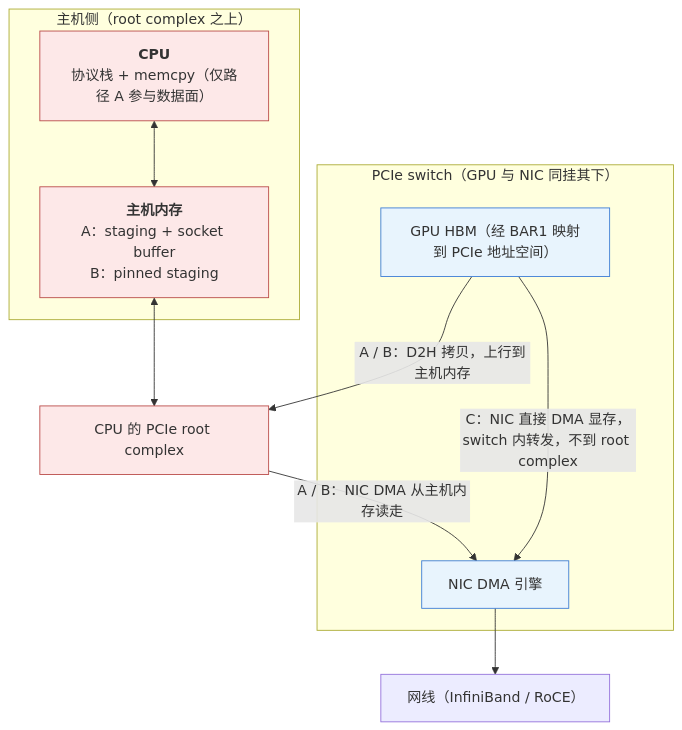
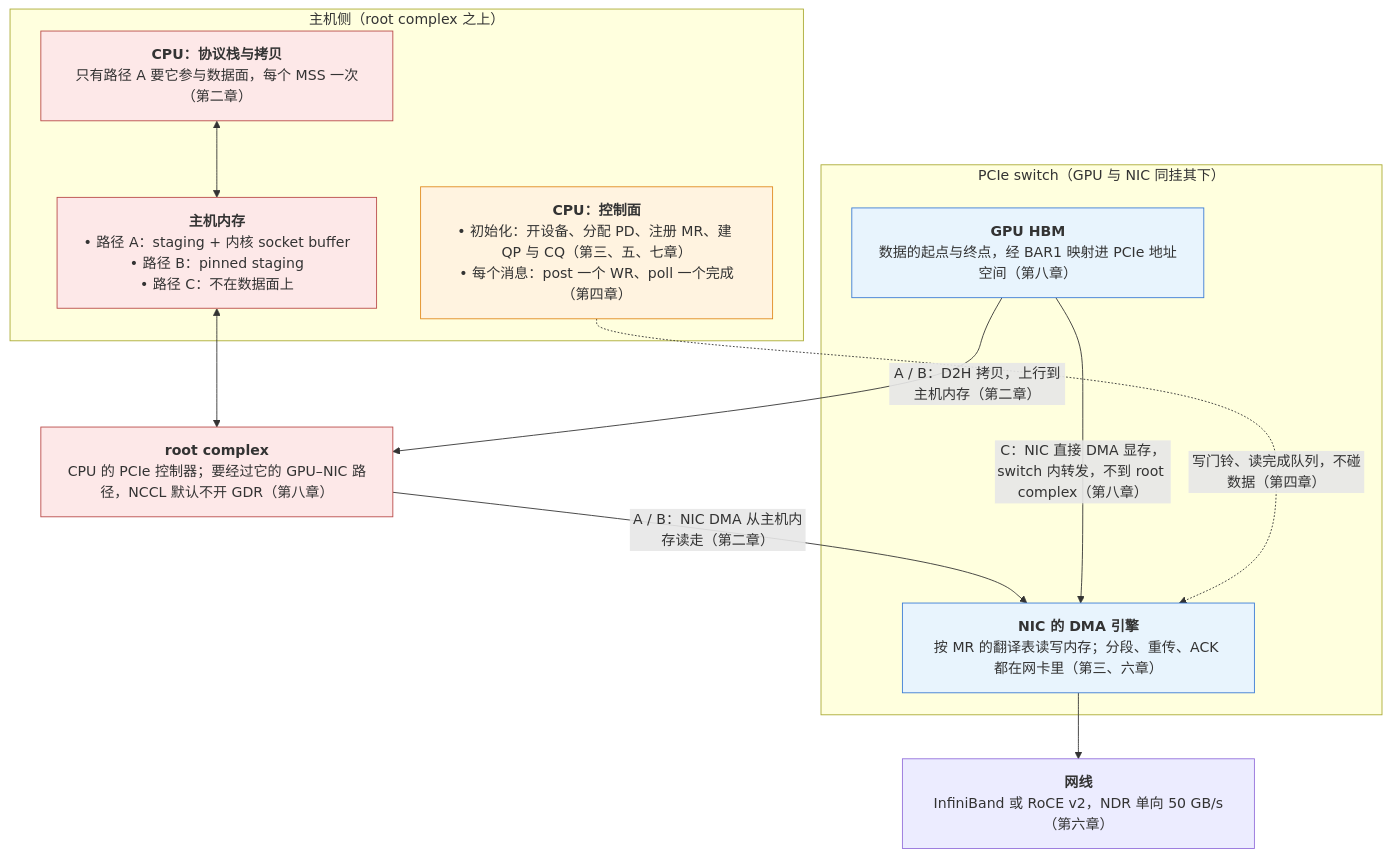
Before and after one commit to arganzheng/arganzheng.github.com: the first of 6 diagrams in _posts/2026-06-10-rdma-and-gpudirect.md, drawn with Mermaid. The commit also changed other lines of this file and 1 other file, not shown here.

First line of the commit message:
通信与互联（03）：总览图补节点标题与 verbs 对象表，新增内存注册映射与 GID 判定两张图

````diff
--- a/_posts/2026-06-10-rdma-and-gpudirect.md
+++ b/_posts/2026-06-10-rdma-and-gpudirect.md
@@ -33,24 +33,29 @@
 ```mermaid
+%%{init: {"flowchart": {"wrappingWidth": 340}}}%%
 %% 图：从显存到对端显存的三条路径：A、B 都要上行经 root complex 进主机内存，GPUDirect RDMA 在 PCIe switch 内折返
 flowchart TB
   subgraph host["主机侧（root complex 之上）"]
-    CPU["<b>CPU</b><br/>协议栈 + memcpy（仅路径 A 参与数据面）"]
-    MEM["<b>主机内存</b><br/>A：staging + socket buffer<br/>B：pinned staging"]
+    CPU["<b>CPU：协议栈与拷贝</b><br/>只有路径 A 要它参与数据面，每个 MSS 一次（第二章）"]
+    MEM["<b>主机内存</b><br/>• 路径 A：staging + 内核 socket buffer<br/>• 路径 B：pinned staging<br/>• 路径 C：不在数据面上"]
+    CTRL["<b>CPU：控制面</b><br/>• 初始化：开设备、分配 PD、注册 MR、建 QP 与 CQ（第三、五、七章）<br/>• 每个消息：post 一个 WR、poll 一个完成（第四章）"]
   end
-  RC["CPU 的 PCIe root complex"]
+  RC["<b>root complex</b><br/>CPU 的 PCIe 控制器；要经过它的 GPU–NIC 路径，NCCL 默认不开 GDR（第八章）"]
   subgraph sw["PCIe switch（GPU 与 NIC 同挂其下）"]
-    GPU["GPU HBM（经 BAR1 映射到 PCIe 地址空间）"]
-    NIC["NIC DMA 引擎"]
+    GPU["<b>GPU HBM</b><br/>数据的起点与终点，经 BAR1 映射进 PCIe 地址空间（第八章）"]
+    NIC["<b>NIC 的 DMA 引擎</b><br/>按 MR 的翻译表读写内存；分段、重传、ACK 都在网卡里（第三、六章）"]
   end
-  NET["网线（InfiniBand / RoCE）"]
+  NET["<b>网线</b><br/>InfiniBand 或 RoCE v2，NDR 单向 50 GB/s（第六章）"]
   CPU <--> MEM
   MEM <--> RC
-  GPU -- "A / B：D2H 拷贝，上行到主机内存" --> RC
-  RC -- "A / B：NIC DMA 从主机内存读走" --> NIC
-  GPU -- "C：NIC 直接 DMA 显存，switch 内转发，不到 root complex" --> NIC
+  GPU -- "A / B：D2H 拷贝，上行到主机内存（第二章）" --> RC
+  RC -- "A / B：NIC DMA 从主机内存读走（第二章）" --> NIC
+  GPU -- "C：NIC 直接 DMA 显存，switch 内转发，不到 root complex（第八章）" --> NIC
+  CTRL -. "写门铃、读完成队列，不碰数据（第四章）" .-> NIC
   NIC --> NET
   classDef hostc fill:#fde8e8,stroke:#b94a48;
+  classDef ctrlc fill:#fff3e0,stroke:#e08a1e;
   classDef swc fill:#e8f4fd,stroke:#3a7bd5;
   class CPU,MEM,RC hostc;
+  class CTRL ctrlc;
   class GPU,NIC swc;
 ```
````
